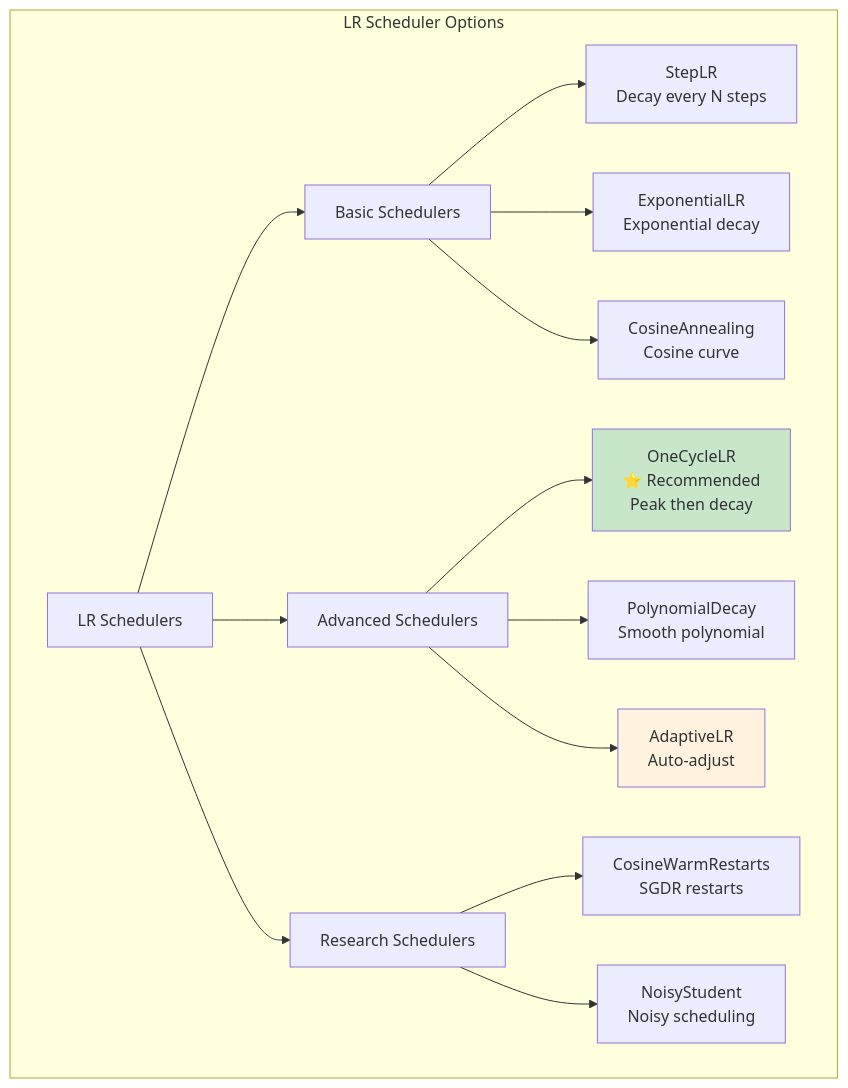
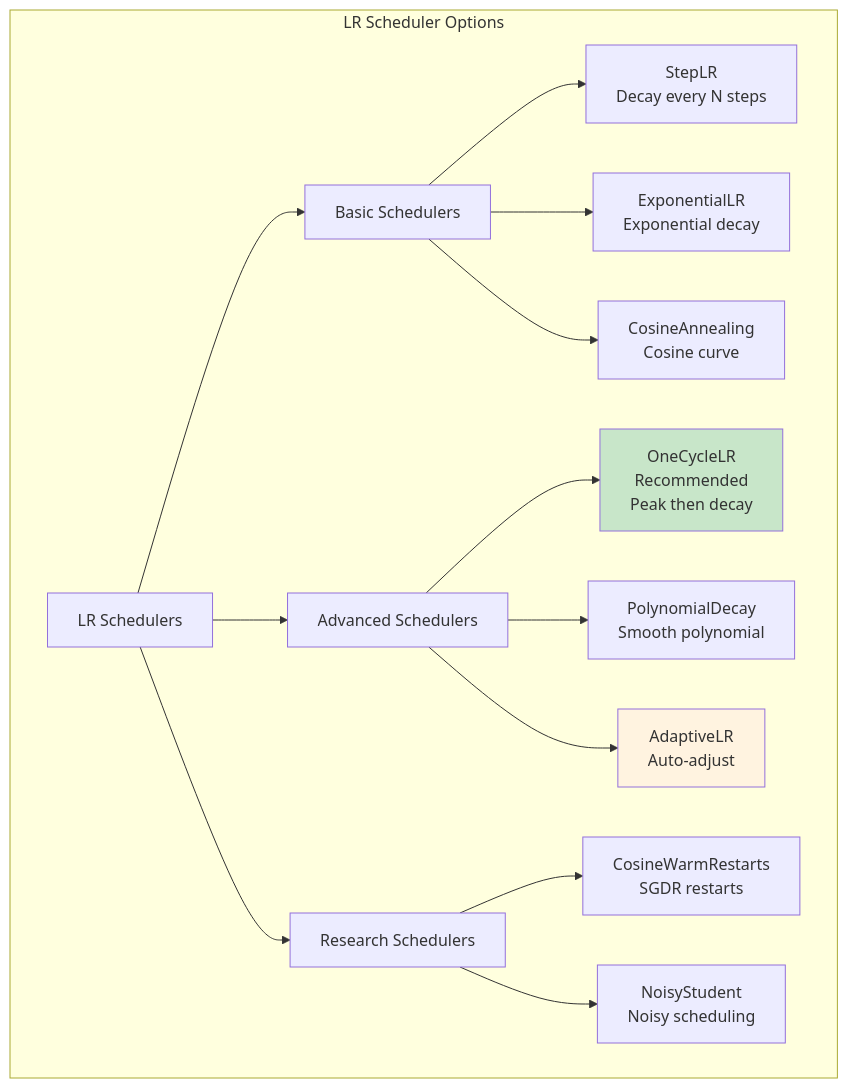
One commit to Pizzaman213/Ava_AI changed the tenth of 25 diagrams in code/docs/05_OPTIMIZATION_GUIDE.md. Above: the diagram before and after it, drawn with Mermaid. The commit also changed other lines of this file and 215 other files, not shown here.

````diff
--- a/code/docs/05_OPTIMIZATION_GUIDE.md
+++ b/code/docs/05_OPTIMIZATION_GUIDE.md
@@ -500,24 +500,24 @@
 ```mermaid
 graph TB
     subgraph "LR Scheduler Options"
         Sched[LR Schedulers]
 
         Sched --> Basic[Basic Schedulers]
         Sched --> Advanced[Advanced Schedulers]
         Sched --> Research[Research Schedulers]
 
         Basic --> B1[StepLR<br/>Decay every N steps]
         Basic --> B2[ExponentialLR<br/>Exponential decay]
         Basic --> B3[CosineAnnealing<br/>Cosine curve]
 
-        Advanced --> A1[OneCycleLR<br/>⭐ Recommended<br/>Peak then decay]
+        Advanced --> A1[OneCycleLR<br/> Recommended<br/>Peak then decay]
         Advanced --> A2[PolynomialDecay<br/>Smooth polynomial]
         Advanced --> A3[AdaptiveLR<br/>Auto-adjust]
 
         Research --> R1[CosineWarmRestarts<br/>SGDR restarts]
         Research --> R2[NoisyStudent<br/>Noisy scheduling]
     end
 
     style A1 fill:#c8e6c9
     style A3 fill:#fff3e0
 ```
````
